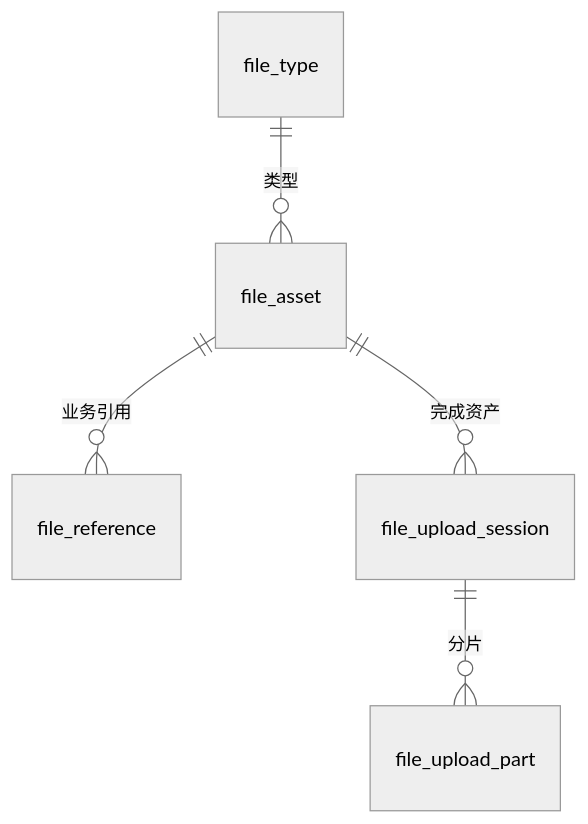
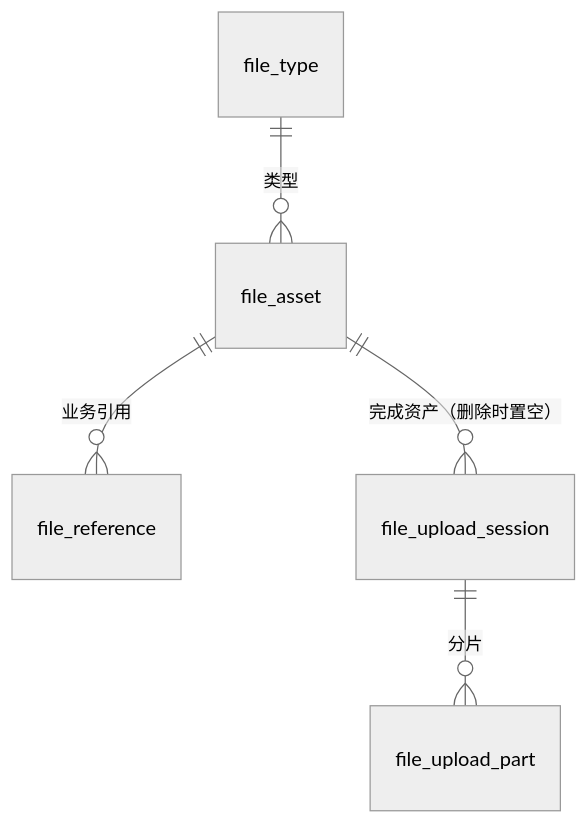
Before and after one commit to yangxj96/spectra-docs: the sixth of 6 diagrams in docs/后端/20-数据模型/00-实体关系图.md, drawn with Mermaid (neutral theme). The commit also changed 3 other files, not shown here.

````diff
--- a/docs/后端/20-数据模型/00-实体关系图.md
+++ b/docs/后端/20-数据模型/00-实体关系图.md
@@ -105,7 +105,7 @@
 ```mermaid
 erDiagram
     file_type ||--o{ file_asset : "类型"
     file_asset ||--o{ file_reference : "业务引用"
-    file_asset ||--o{ file_upload_session : "完成资产"
+    file_asset ||--o{ file_upload_session : "完成资产（删除时置空）"
     file_upload_session ||--o{ file_upload_part : "分片"
 ```
````
